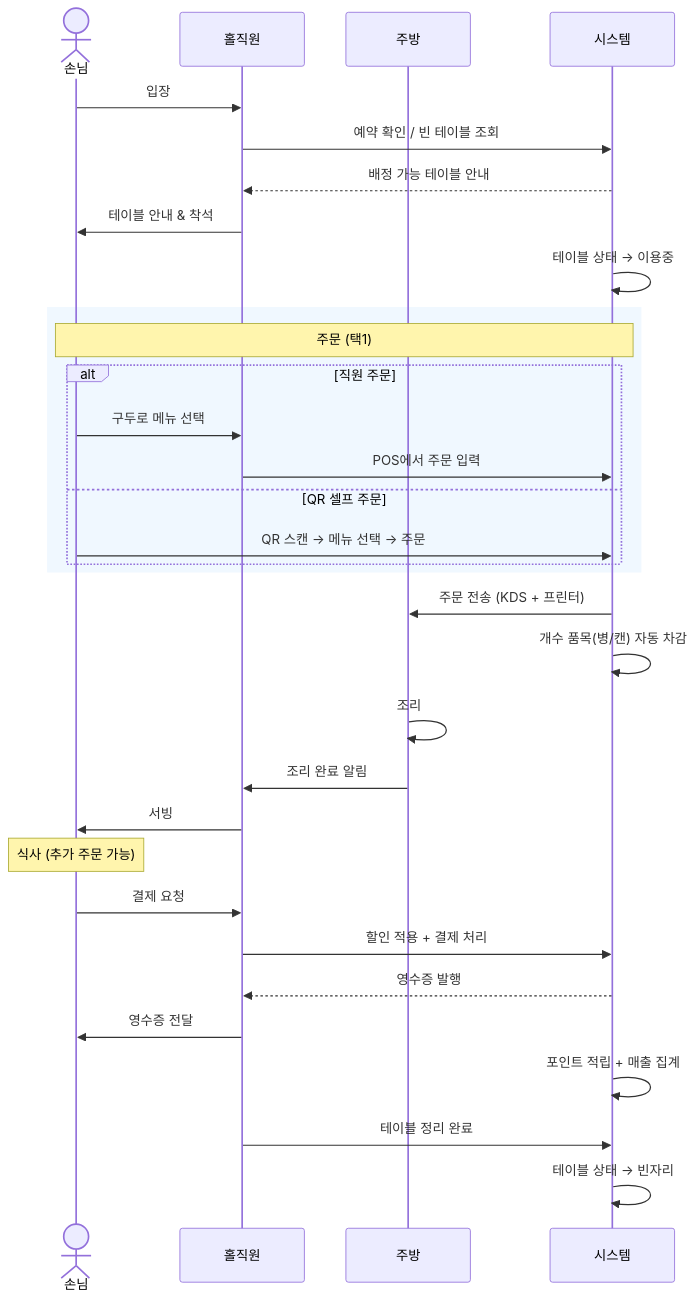
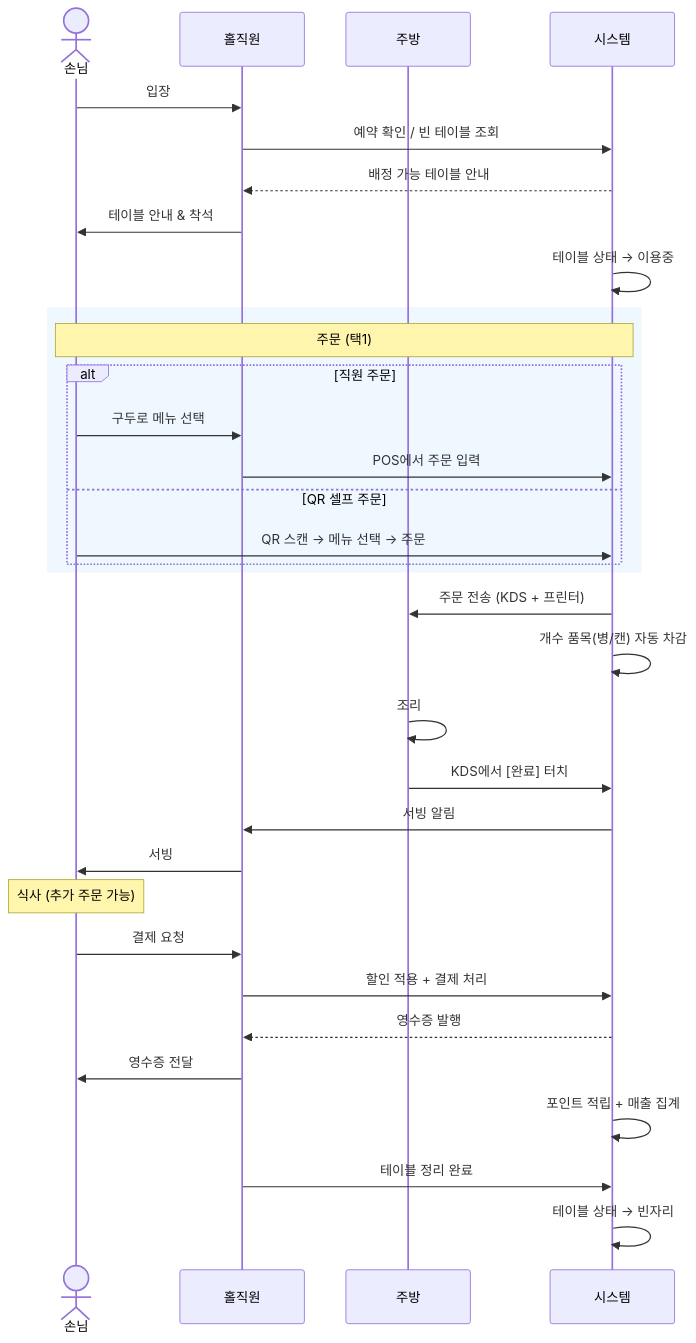
The first of 12 diagrams in docs/08-workflow-diagrams.md (JangHyeonHo/ProjectSMS), drawn with Mermaid before and after one commit. The commit also changed other lines of this file and 1 other file, not shown here.

````diff
--- a/docs/08-workflow-diagrams.md
+++ b/docs/08-workflow-diagrams.md
@@ -10,39 +10,40 @@
 ```mermaid
 sequenceDiagram
     actor 손님
     participant 홀직원
     participant 주방
     participant 시스템
 
     손님->>홀직원: 입장
     홀직원->>시스템: 예약 확인 / 빈 테이블 조회
     시스템-->>홀직원: 배정 가능 테이블 안내
     홀직원->>손님: 테이블 안내 & 착석
     시스템->>시스템: 테이블 상태 → 이용중
 
     rect rgb(240, 248, 255)
         Note over 손님, 시스템: 주문 (택1)
         alt 직원 주문
             손님->>홀직원: 구두로 메뉴 선택
             홀직원->>시스템: POS에서 주문 입력
         else QR 셀프 주문
             손님->>시스템: QR 스캔 → 메뉴 선택 → 주문
         end
     end
 
     시스템->>주방: 주문 전송 (KDS + 프린터)
     시스템->>시스템: 개수 품목(병/캔) 자동 차감
     주방->>주방: 조리
-    주방->>홀직원: 조리 완료 알림
+    주방->>시스템: KDS에서 [완료] 터치
+    시스템->>홀직원: 서빙 알림
     홀직원->>손님: 서빙
 
     Note over 손님: 식사 (추가 주문 가능)
 
     손님->>홀직원: 결제 요청
     홀직원->>시스템: 할인 적용 + 결제 처리
     시스템-->>홀직원: 영수증 발행
     홀직원->>손님: 영수증 전달
     시스템->>시스템: 포인트 적립 + 매출 집계
     홀직원->>시스템: 테이블 정리 완료
     시스템->>시스템: 테이블 상태 → 빈자리
 ```
````
